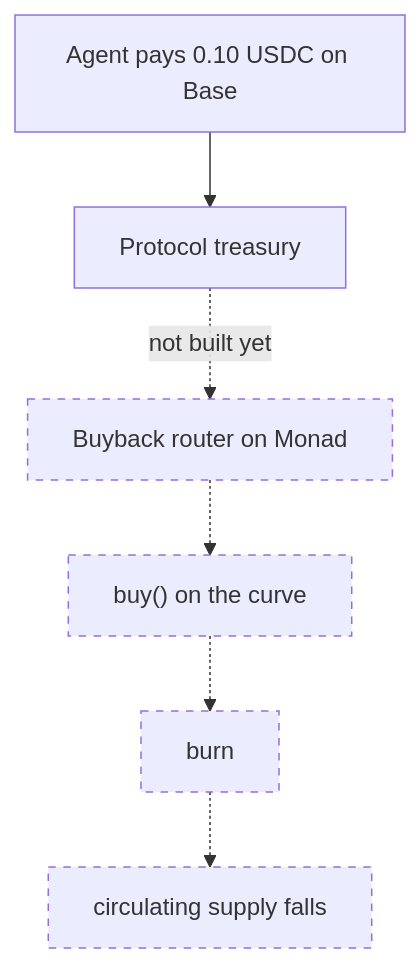
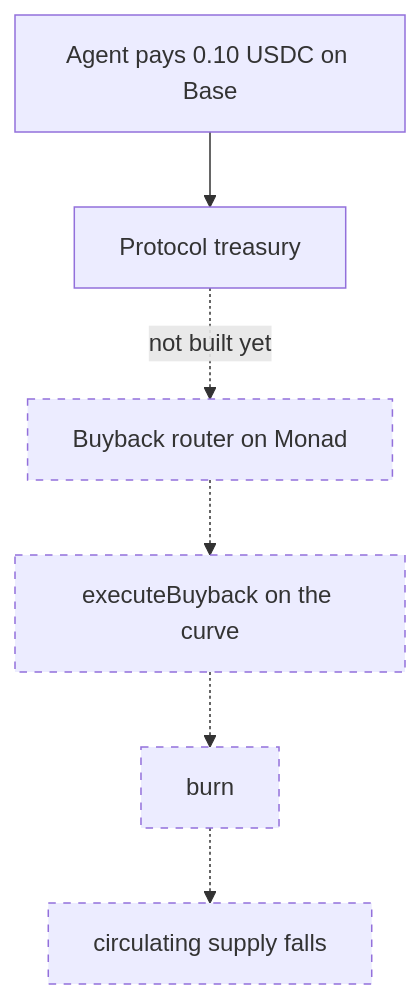
The fifth of 6 diagrams in README.md (0xcuy/adexto-monad), drawn with Mermaid before and after one commit. The commit also changed other lines of this file, not shown here.

````diff
--- a/README.md
+++ b/README.md
@@ -202,13 +349,13 @@
 ```mermaid
 flowchart TD
     A["Agent pays 0.10 USDC on Base"] --> B["Protocol treasury"]
     B -.->|"not built yet"| C["Buyback router on Monad"]
-    C -.-> D["buy() on the curve"]
+    C -.-> D["executeBuyback on the curve"]
     D -.-> E["burn"]
     E -.-> F["circulating supply falls"]
 
     style C stroke-dasharray: 5 5
     style D stroke-dasharray: 5 5
     style E stroke-dasharray: 5 5
     style F stroke-dasharray: 5 5
 ```
````
